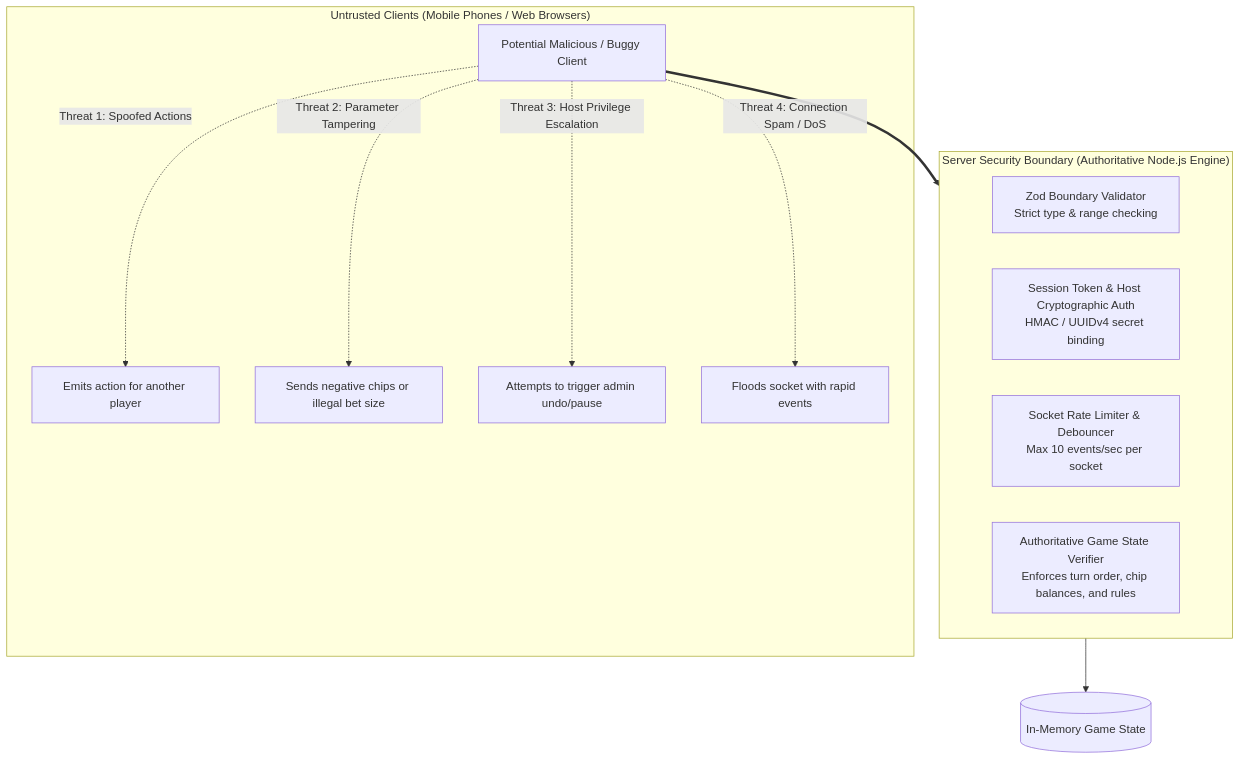
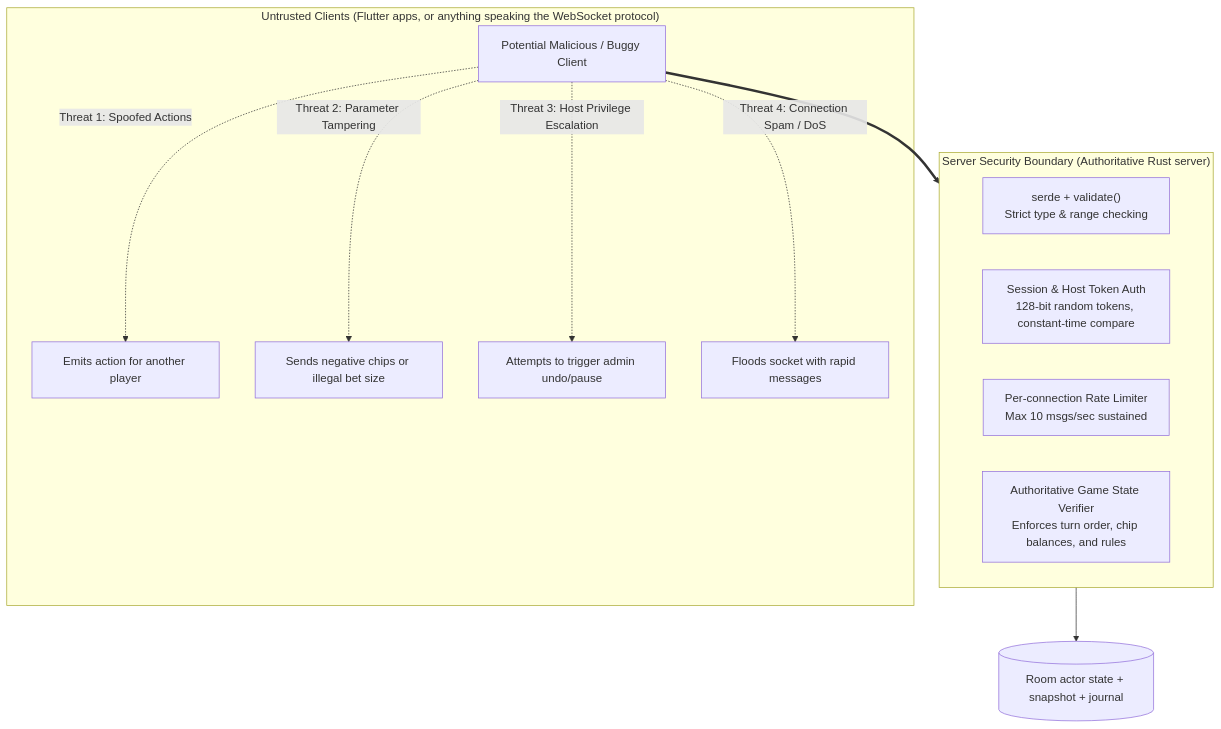
The first of 4 diagrams in docs/SECURITY_AND_EDGE_CASES.md (DimathJayasinghe/poker-credits), drawn with Mermaid before and after one commit. The commit also changed other lines of this file and 12 other files, not shown here.

First line of the commit message:
docs: pivot to Flutter + Rust with neo-brutalist UI and web-ready code

````diff
--- a/docs/SECURITY_AND_EDGE_CASES.md
+++ b/docs/SECURITY_AND_EDGE_CASES.md
@@ -7,20 +7,20 @@
 ```mermaid
 flowchart TD
-    subgraph ClientThreats ["Untrusted Clients (Mobile Phones / Web Browsers)"]
+    subgraph ClientThreats ["Untrusted Clients (Flutter apps, or anything speaking the WebSocket protocol)"]
         Attacker["Potential Malicious / Buggy Client"]
         Attacker -.->|Threat 1: Spoofed Actions| S1["Emits action for another player"]
         Attacker -.->|Threat 2: Parameter Tampering| S2["Sends negative chips or illegal bet size"]
         Attacker -.->|Threat 3: Host Privilege Escalation| S3["Attempts to trigger admin undo/pause"]
-        Attacker -.->|Threat 4: Connection Spam / DoS| S4["Floods socket with rapid events"]
+        Attacker -.->|Threat 4: Connection Spam / DoS| S4["Floods socket with rapid messages"]
     end
 
-    subgraph DefenseBoundary ["Server Security Boundary (Authoritative Node.js Engine)"]
-        ZodValidator["Zod Boundary Validator\nStrict type & range checking"]
-        TokenAuth["Session Token & Host Cryptographic Auth\nHMAC / UUIDv4 secret binding"]
-        RateLimiter["Socket Rate Limiter & Debouncer\nMax 10 events/sec per socket"]
+    subgraph DefenseBoundary ["Server Security Boundary (Authoritative Rust server)"]
+        Validator["serde + validate()\nStrict type & range checking"]
+        TokenAuth["Session & Host Token Auth\n128-bit random tokens, constant-time compare"]
+        RateLimiter["Per-connection Rate Limiter\nMax 10 msgs/sec sustained"]
         ActionVerifier["Authoritative Game State Verifier\nEnforces turn order, chip balances, and rules"]
     end
 
     Attacker ==> DefenseBoundary
-    DefenseBoundary --> StateStore[("In-Memory Game State")]
+    DefenseBoundary --> StateStore[("Room actor state + snapshot + journal")]
 ```
````
